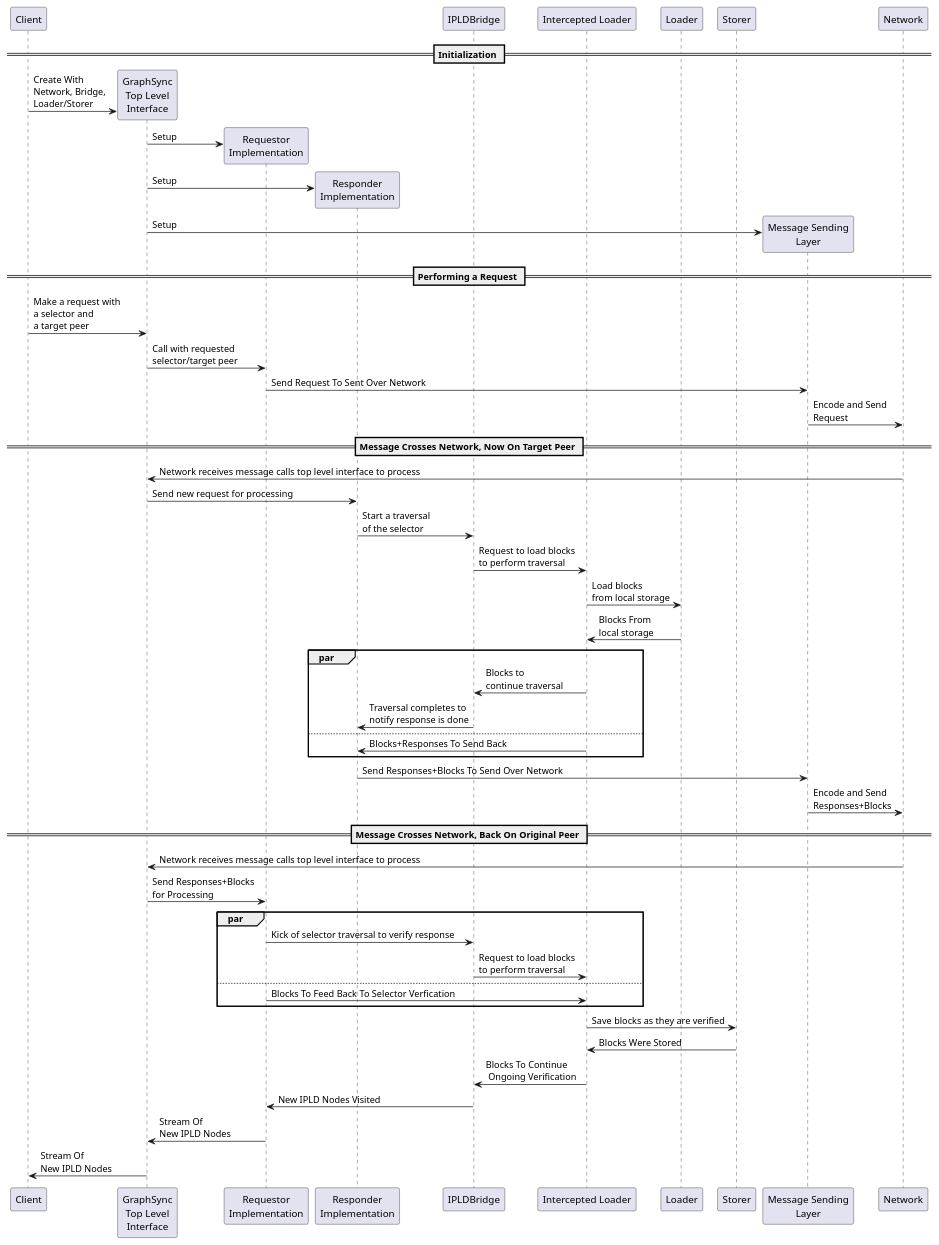
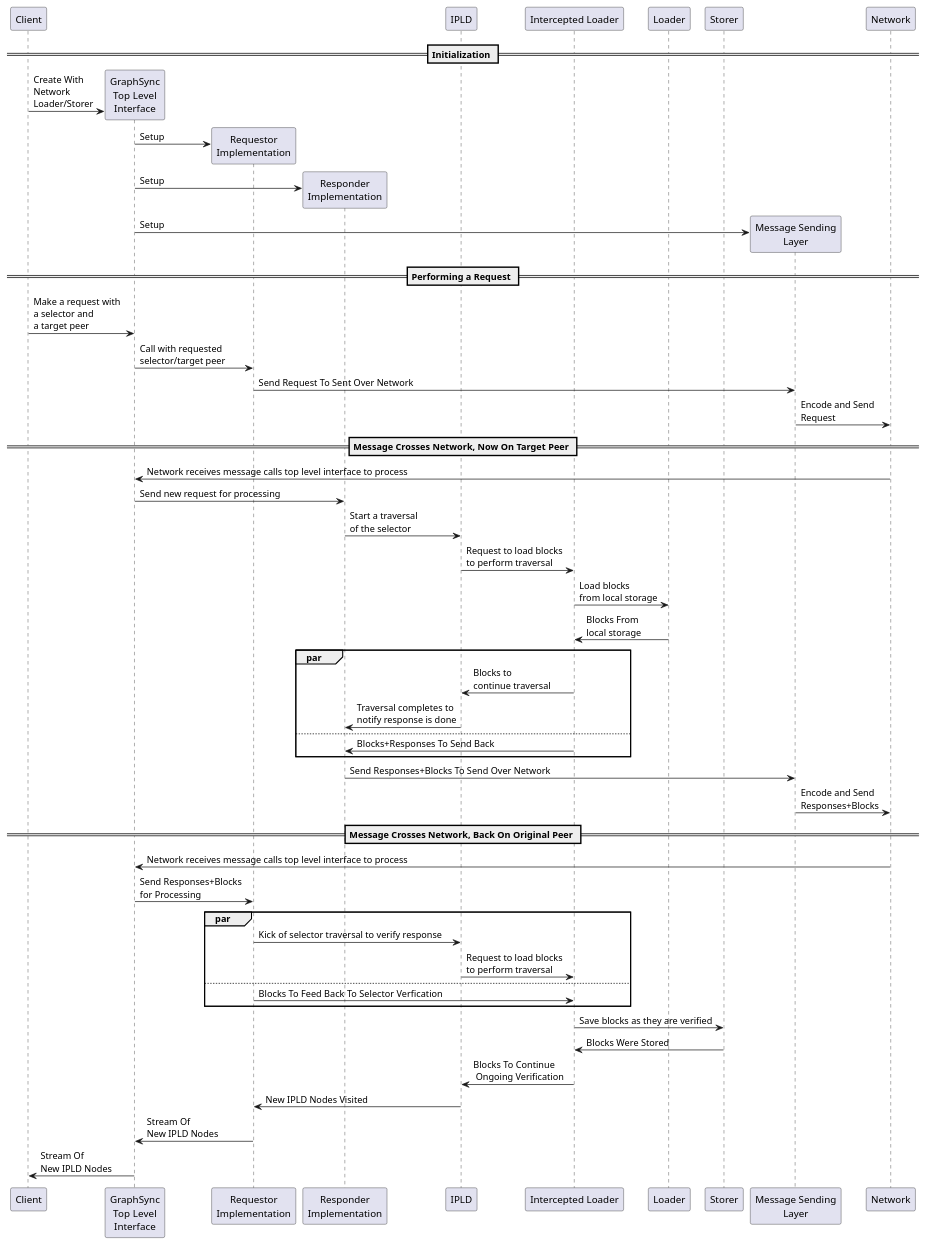
Before and after one commit to ipfs/go-graphsync: the diagram in docs/top-level-sequence.puml, drawn with PlantUML. The commit also changed 6 other files, not shown here.

```diff
--- a/docs/top-level-sequence.puml
+++ b/docs/top-level-sequence.puml
@@ -1,58 +1,58 @@
 @startuml Top Level Sequence
 participant Client
 participant "GraphSync\nTop Level\nInterface" as TLI
 participant "Requestor\nImplementation" as Requestor
 participant "Responder\nImplementation" as Responder
-participant IPLDBridge
+participant IPLD
 participant "Intercepted Loader" as ILoader
 participant Loader
 participant Storer
 participant "Message Sending\nLayer" as Message
 participant Network
 
 == Initialization ==
 
-Client -> TLI ** : Create With\nNetwork, Bridge,\nLoader/Storer
+Client -> TLI ** : Create With\nNetwork\nLoader/Storer
 TLI -> Requestor ** : Setup
 TLI -> Responder ** : Setup
 TLI -> Message ** : Setup
 
 == Performing a Request ==
 Client -> TLI : Make a request with\na selector and\na target peer
 TLI -> Requestor : Call with requested\nselector/target peer
 Requestor -> Message : Send Request To Sent Over Network
 Message -> Network : Encode and Send\nRequest
 
 == Message Crosses Network, Now On Target Peer ==
 
 Network -> TLI : Network receives message calls top level interface to process
 TLI -> Responder : Send new request for processing
-Responder -> IPLDBridge : Start a traversal\nof the selector
-IPLDBridge -> ILoader : Request to load blocks\nto perform traversal
+Responder -> IPLD : Start a traversal\nof the selector
+IPLD -> ILoader : Request to load blocks\nto perform traversal
 ILoader -> Loader : Load blocks\nfrom local storage
 Loader -> ILoader : Blocks From\nlocal storage
 par
-ILoader -> IPLDBridge : Blocks to\ncontinue traversal
-IPLDBridge -> Responder : Traversal completes to\nnotify response is done
+ILoader -> IPLD : Blocks to\ncontinue traversal
+IPLD -> Responder : Traversal completes to\nnotify response is done
 else
 ILoader -> Responder : Blocks+Responses To Send Back
 end
 Responder -> Message : Send Responses+Blocks To Send Over Network
 Message -> Network : Encode and Send\nResponses+Blocks
 == Message Crosses Network, Back On Original Peer ==
 
 Network -> TLI : Network receives message calls top level interface to process
 TLI -> Requestor : Send Responses+Blocks\nfor Processing
 par
-Requestor -> IPLDBridge : Kick of selector traversal to verify response
-IPLDBridge -> ILoader : Request to load blocks\nto perform traversal
+Requestor -> IPLD : Kick of selector traversal to verify response
+IPLD -> ILoader : Request to load blocks\nto perform traversal
 else
 Requestor -> ILoader : Blocks To Feed Back To Selector Verfication
 end
 ILoader -> Storer : Save blocks as they are verified
 Storer -> ILoader : Blocks Were Stored
-ILoader -> IPLDBridge : Blocks To Continue\n Ongoing Verification
-IPLDBridge -> Requestor : New IPLD Nodes Visited
+ILoader -> IPLD : Blocks To Continue\n Ongoing Verification
+IPLD -> Requestor : New IPLD Nodes Visited
 Requestor -> TLI : Stream Of\nNew IPLD Nodes
 TLI -> Client: Stream Of\nNew IPLD Nodes
 @enduml
```
